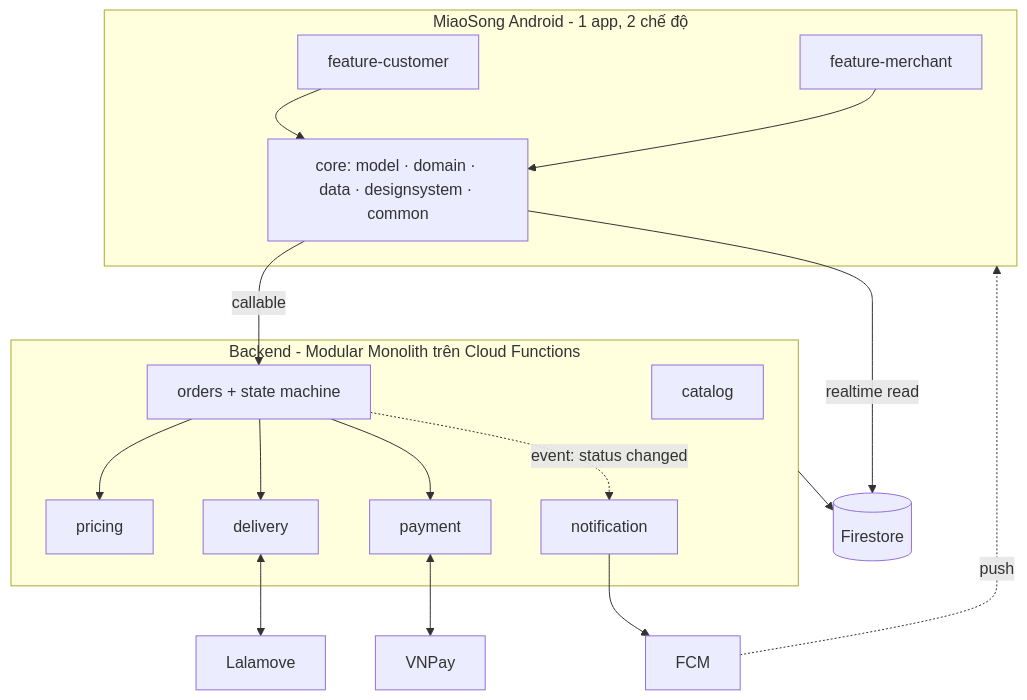
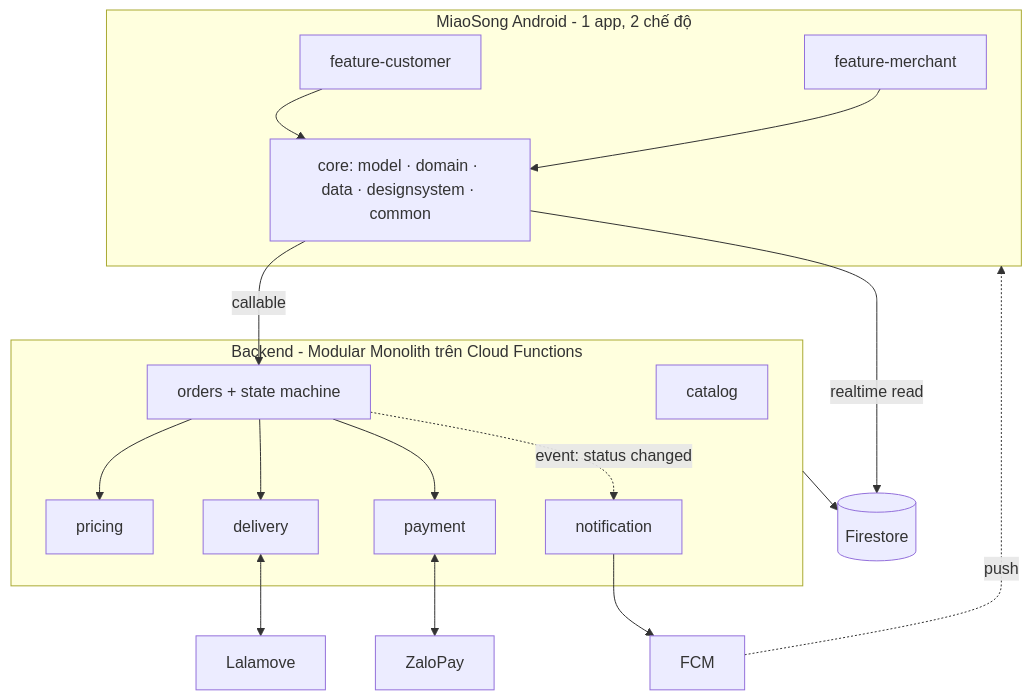
Before and after one commit to thanhpino/MobileAppFinalProject-MiaoSong: the second of 7 diagrams in docs/00-project-plan.md, drawn with Mermaid. The commit also changed other lines of this file and 51 other files, not shown here.

Commit message:
- completed class diagrams - completed activity diagrams - completed use case diagrams - completed test plans - adjusted the sequence diagrams from TMT after changing from vnpay to zalopay, and ggmap to openstreetmap

````diff
--- a/docs/00-project-plan.md
+++ b/docs/00-project-plan.md
@@ -168,33 +168,33 @@
 ```mermaid
 flowchart TB
     subgraph App["MiaoSong Android - 1 app, 2 chế độ"]
         CUS["feature-customer"]
         MER["feature-merchant"]
         CORE["core: model · domain · data · designsystem · common"]
         CUS --> CORE
         MER --> CORE
     end
     subgraph BE["Backend - Modular Monolith trên Cloud Functions"]
         CAT["catalog"]
         PRI["pricing"]
         ORD["orders + state machine"]
         DEL["delivery"]
         PAY["payment"]
         NOTI["notification"]
         ORD --> PRI
         ORD --> DEL
         ORD --> PAY
         ORD -. "event: status changed" .-> NOTI
     end
     FS[("Firestore")]
     FCM["FCM"]
     LALA["Lalamove"]
-    VNP["VNPay"]
+    ZLP["ZaloPay"]
     CORE -- "realtime read" --> FS
     CORE -- "callable" --> ORD
     BE --> FS
     NOTI --> FCM
     DEL <--> LALA
-    PAY <--> VNP
+    PAY <--> ZLP
     FCM -. push .-> App
 ```
````
